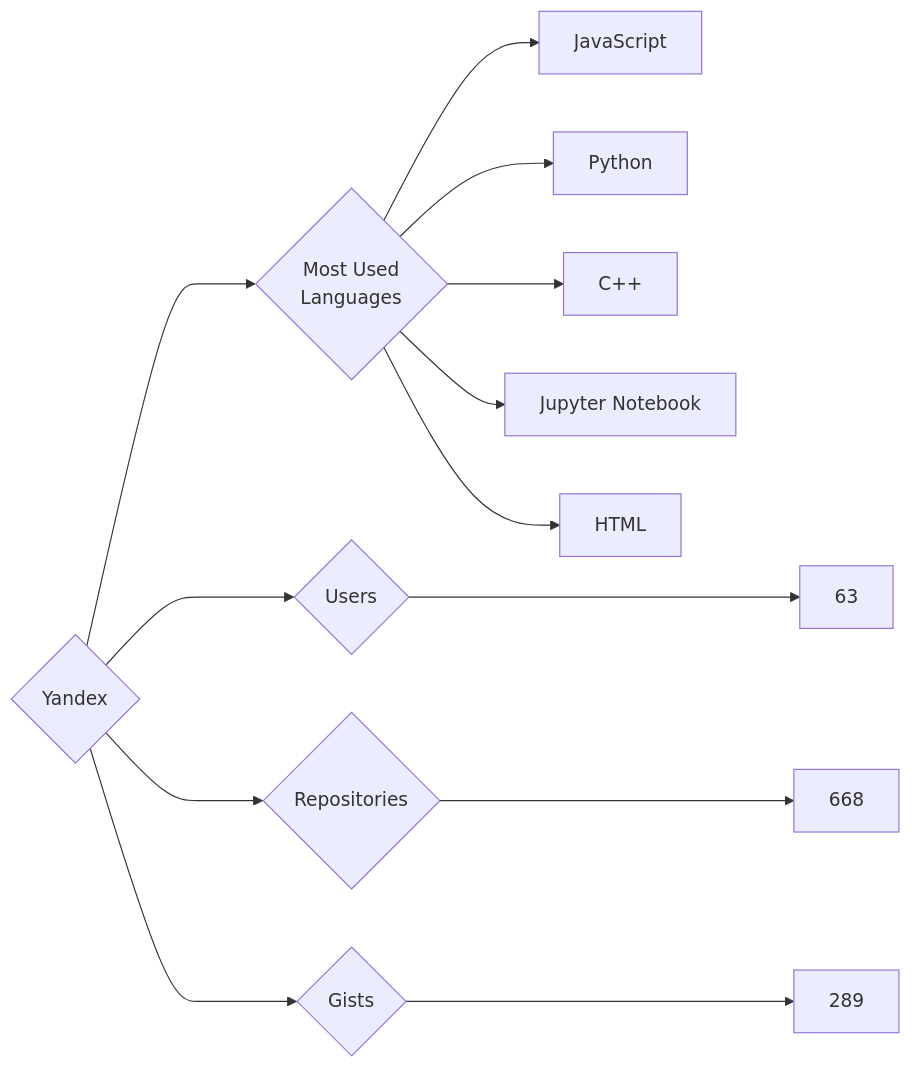
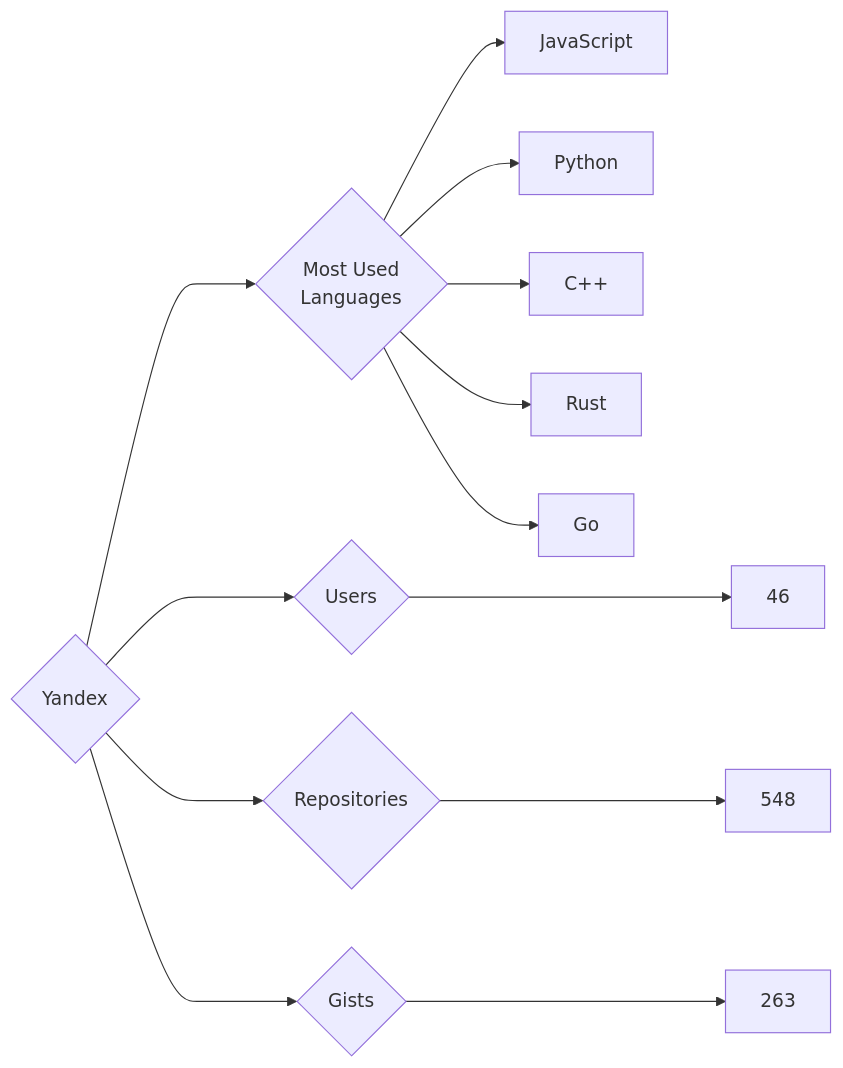
Before and after one commit to trickest/insiders: the diagram in targets/Yandex/README.md, drawn with Mermaid. The commit also changed 939 other files, not shown here.

````diff
--- a/targets/Yandex/README.md
+++ b/targets/Yandex/README.md
@@ -3,13 +3,13 @@
 ```mermaid
 graph LR
 COMPANY_NAME{Yandex}
-COMPANY_NAME ---> U{Users} ---> UN[63]
-COMPANY_NAME ---> R{Repositories} ---> RN[668]
-COMPANY_NAME ---> G{Gists} ---> GN[289]
+COMPANY_NAME ---> U{Users} ---> UN[46]
+COMPANY_NAME ---> R{Repositories} ---> RN[548]
+COMPANY_NAME ---> G{Gists} ---> GN[263]
 COMPANY_NAME ---> ML{Most Used<br>Languages}
 ML --> JavaScript[JavaScript]
 ML --> Python[Python]
 ML --> C++[C++]
-ML --> Jupyter_Notebook[Jupyter Notebook]
-ML --> HTML[HTML]
+ML --> Rust[Rust]
+ML --> Go[Go]
 ```
````
